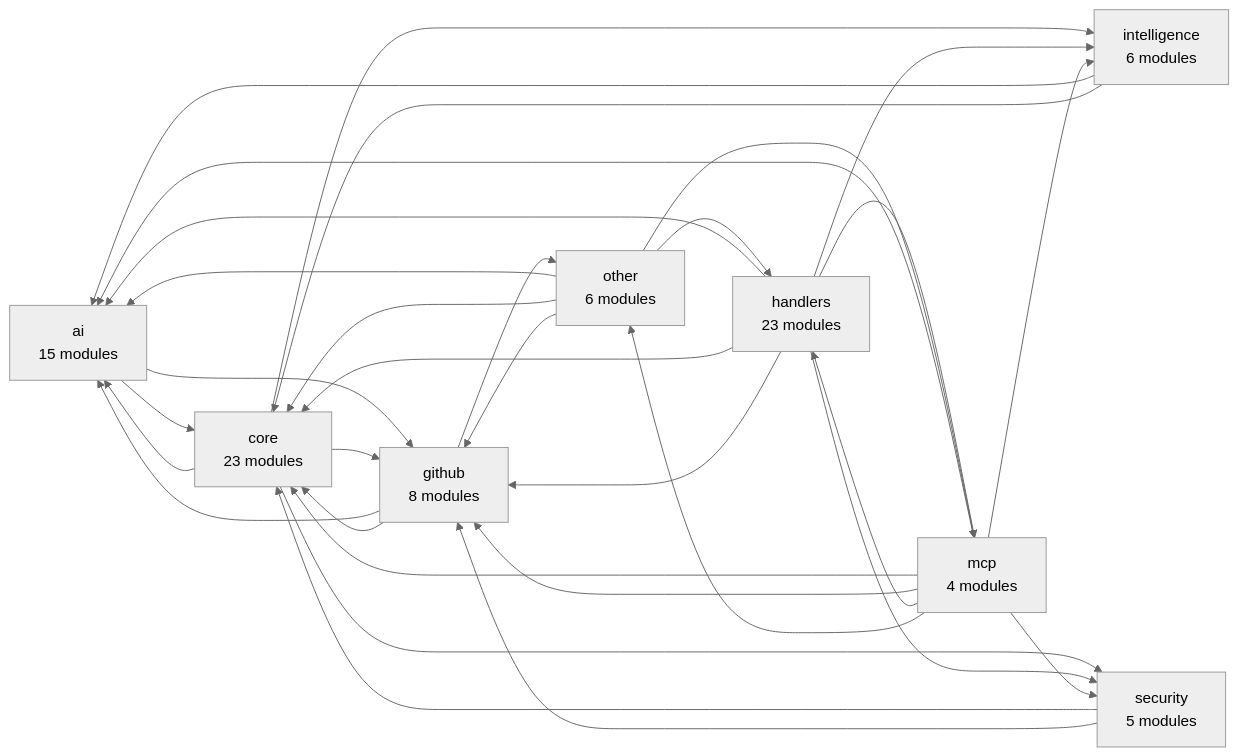
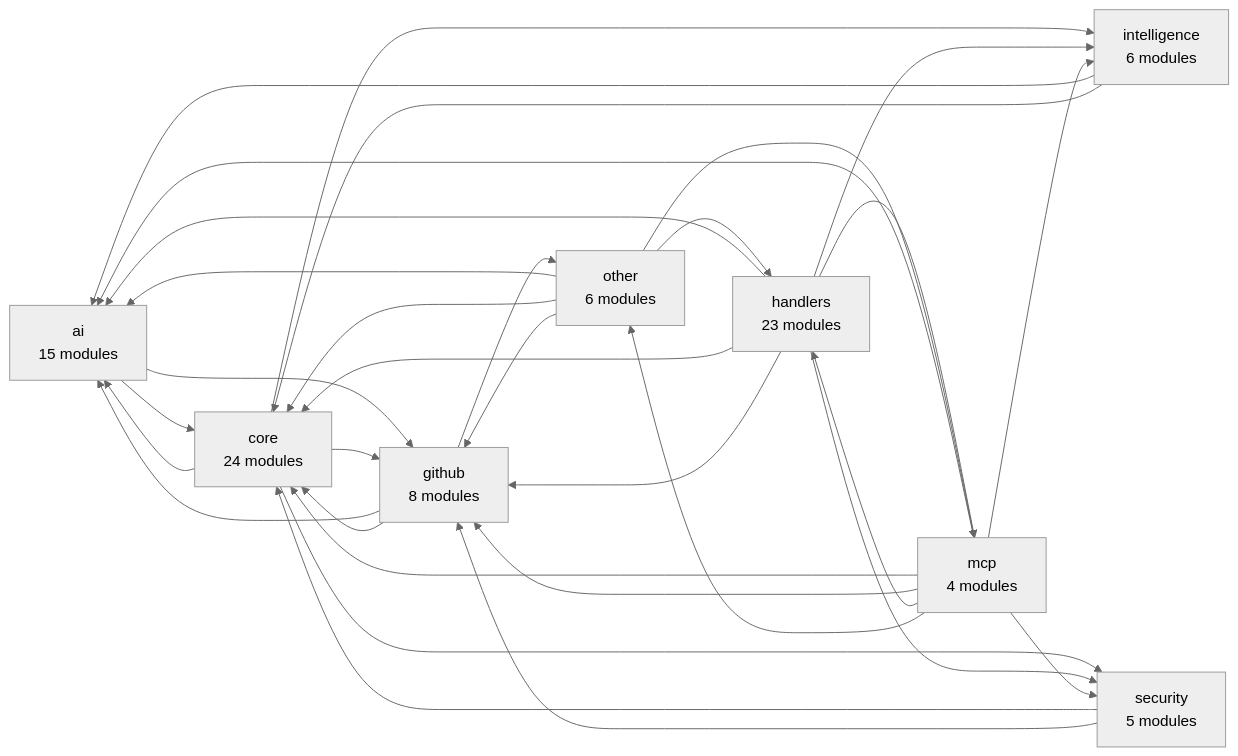
The second of 2 diagrams in README.md (Shweta-Mishra-ai/github-autopilot), drawn with Mermaid (neutral theme) before and after one commit. The commit also changed other lines of this file and 6 other files, not shown here.

````diff
--- a/README.md
+++ b/README.md
@@ -210,42 +210,42 @@
 ```mermaid
 graph LR
     ai["ai<br/>15 modules"]
-    core["core<br/>23 modules"]
+    core["core<br/>24 modules"]
     github["github<br/>8 modules"]
     handlers["handlers<br/>23 modules"]
     intelligence["intelligence<br/>6 modules"]
     mcp["mcp<br/>4 modules"]
     other["other<br/>6 modules"]
     security["security<br/>5 modules"]
     ai --> core
     ai --> github
     core --> ai
     core --> github
     core --> intelligence
     core --> security
     github --> ai
     github --> core
     github --> other
     handlers --> ai
     handlers --> core
     handlers --> github
     handlers --> intelligence
     handlers --> mcp
     handlers --> security
     intelligence --> ai
     intelligence --> core
     mcp --> ai
     mcp --> core
     mcp --> github
     mcp --> handlers
     mcp --> intelligence
     mcp --> other
     mcp --> security
     other --> ai
     other --> core
     other --> github
     other --> handlers
     other --> mcp
     security --> core
     security --> github
 ```
````
